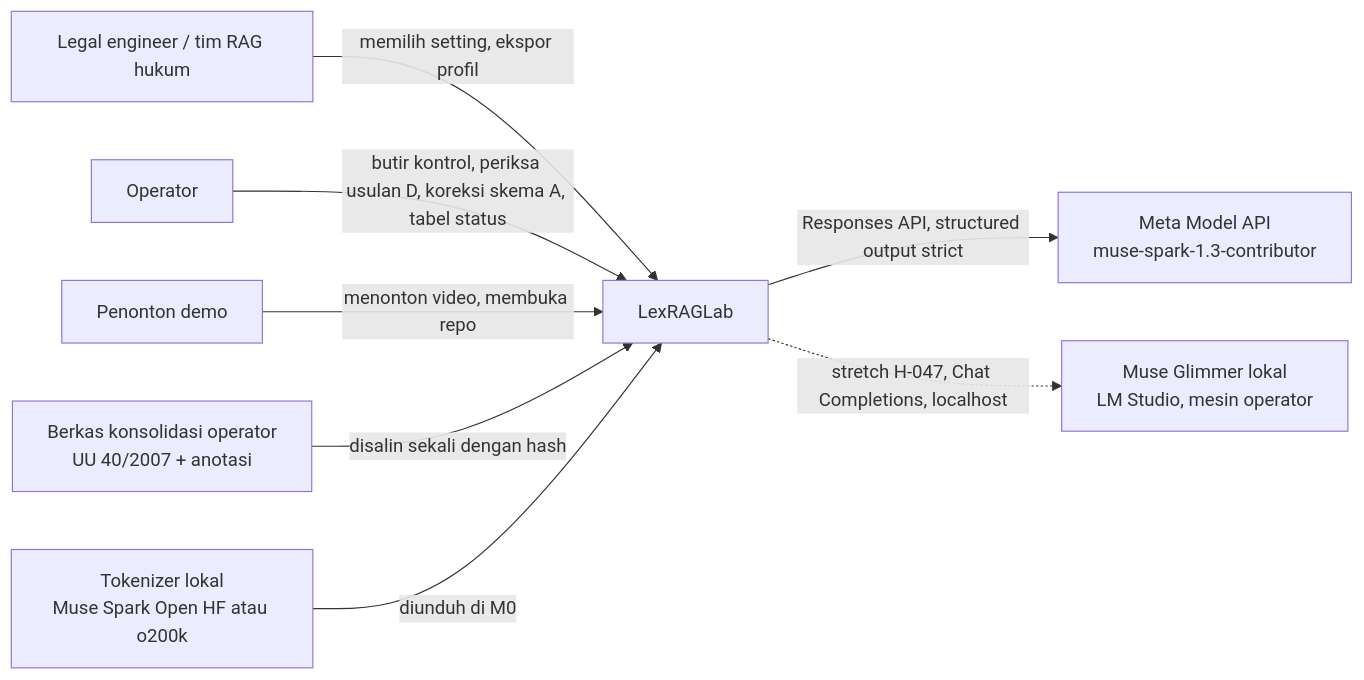
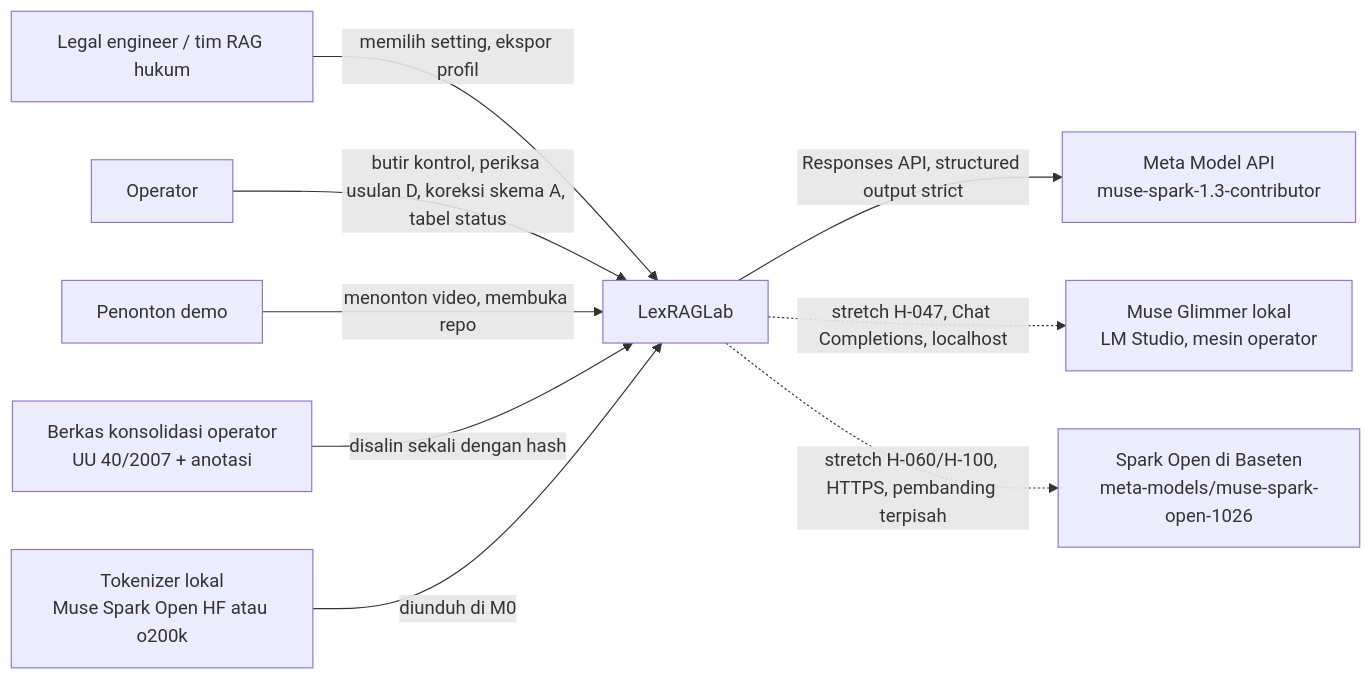
Before and after one commit to ziffan/LexRAGLab-Meta2026Hackathon: the first of 2 diagrams in docs/ARCHITECTURE.md, drawn with Mermaid. The commit also changed other lines of this file and 3 other files, not shown here.

Commit message:
docs: ARCHITECTURE, API, UI-SPEC, EVAL-SPEC selaras kode (komponen, config, cache, galat, Run cost, slot skenario §11, Baseten)

````diff
--- a/docs/ARCHITECTURE.md
+++ b/docs/ARCHITECTURE.md
@@ -18,10 +18,11 @@
 ```mermaid
 flowchart LR
   P1[Legal engineer / tim RAG hukum] -->|memilih setting, ekspor profil| SYS[LexRAGLab]
   P2[Operator] -->|butir kontrol, periksa usulan D, koreksi skema A, tabel status| SYS
   P3[Penonton demo] -->|menonton video, membuka repo| SYS
   SYS -->|Responses API, structured output strict| META[Meta Model API<br/>muse-spark-1.3-contributor]
   SYS -.->|stretch H-047, Chat Completions, localhost| GL[Muse Glimmer lokal<br/>LM Studio, mesin operator]
+  SYS -.->|stretch H-060/H-100, HTTPS, pembanding terpisah| BT[Spark Open di Baseten<br/>meta-models/muse-spark-open-1026]
   SRC[Berkas konsolidasi operator<br/>UU 40/2007 + anotasi] -->|disalin sekali dengan hash| SYS
   HF[Tokenizer lokal<br/>Muse Spark Open HF atau o200k] -->|diunduh di M0| SYS
 ```
````
